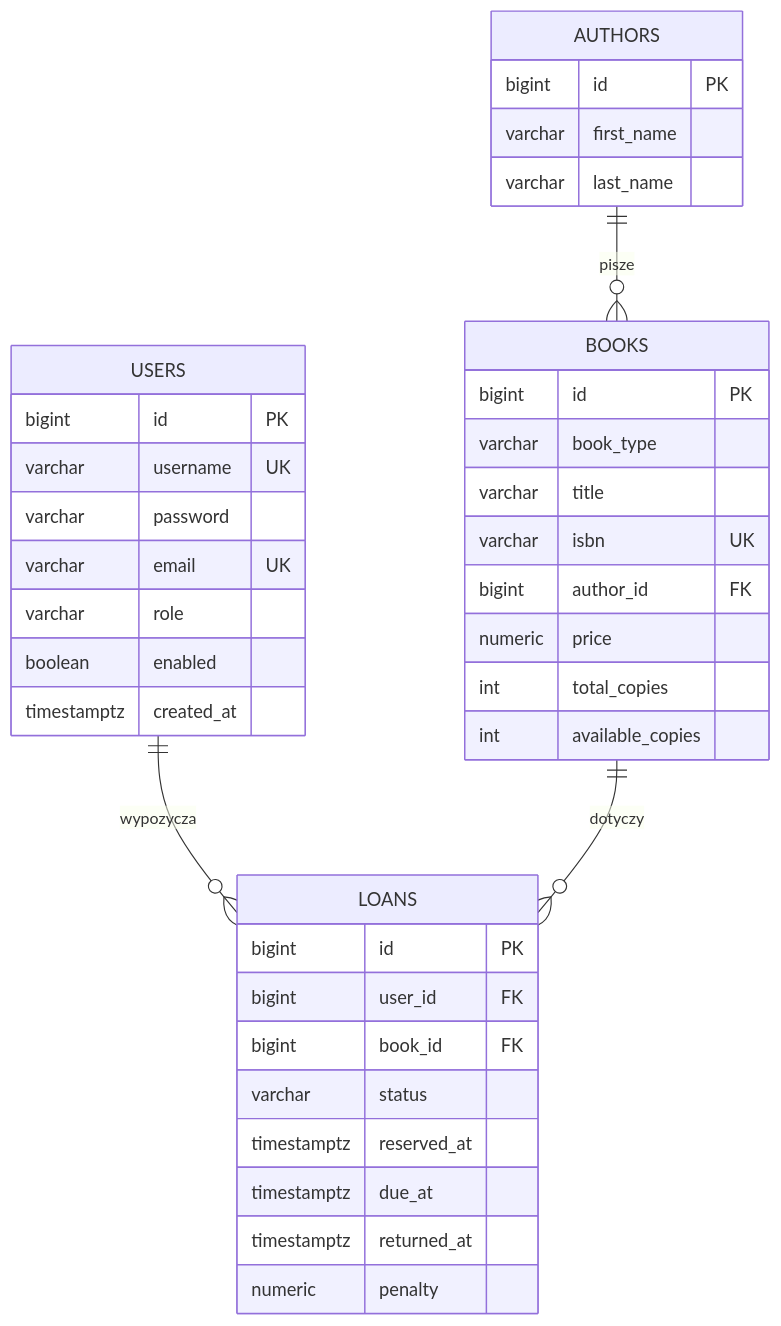
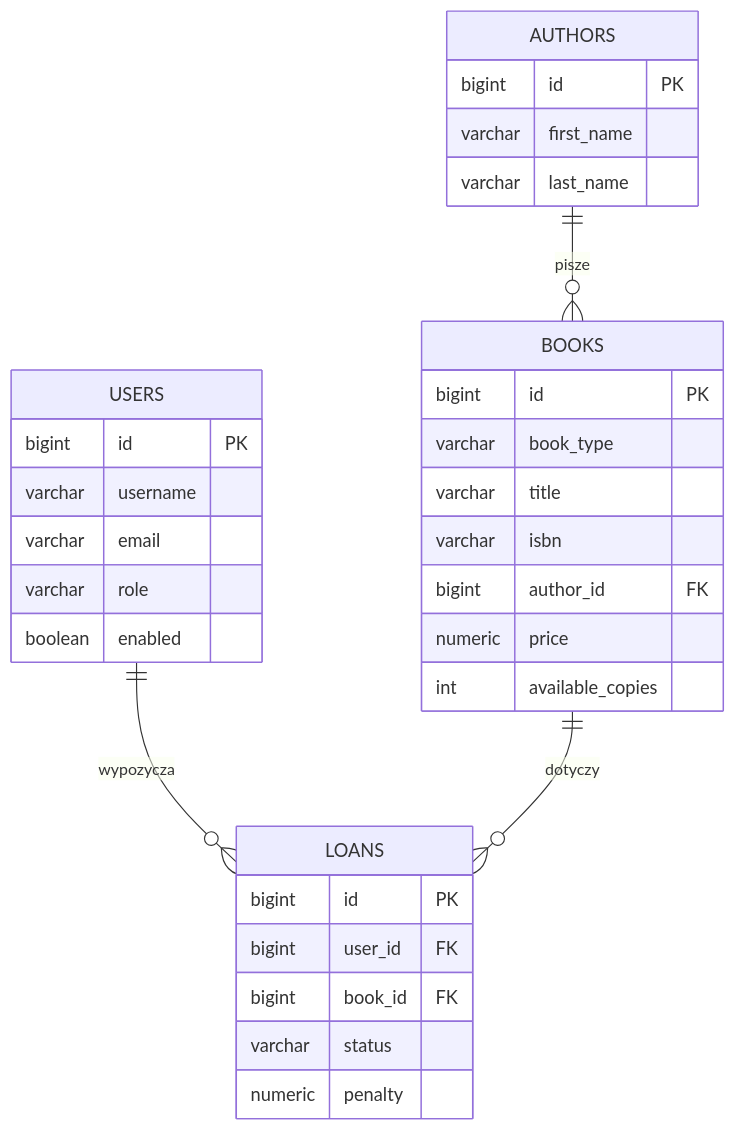
One commit to Hoseueisodiem/Projekt_Java_Bookstore changed the diagram in README.md. Above: the diagram before and after it, drawn with Mermaid.

Commit message:
Poprawka ERD w README

````diff
--- a/README.md
+++ b/README.md
@@ -68,41 +68,35 @@
 ```mermaid
 erDiagram
     AUTHORS ||--o{ BOOKS : pisze
-    USERS   ||--o{ LOANS : wypozycza
-    BOOKS   ||--o{ LOANS : dotyczy
+    USERS ||--o{ LOANS : wypozycza
+    BOOKS ||--o{ LOANS : dotyczy
 
     AUTHORS {
         bigint id PK
         varchar first_name
         varchar last_name
     }
     USERS {
         bigint id PK
-        varchar username UK
-        varchar password
-        varchar email UK
+        varchar username
+        varchar email
         varchar role
         boolean enabled
-        timestamptz created_at
     }
     BOOKS {
         bigint id PK
         varchar book_type
         varchar title
-        varchar isbn UK
+        varchar isbn
         bigint author_id FK
         numeric price
-        int total_copies
         int available_copies
     }
     LOANS {
         bigint id PK
         bigint user_id FK
         bigint book_id FK
         varchar status
-        timestamptz reserved_at
-        timestamptz due_at
-        timestamptz returned_at
         numeric penalty
     }
 ```
````
